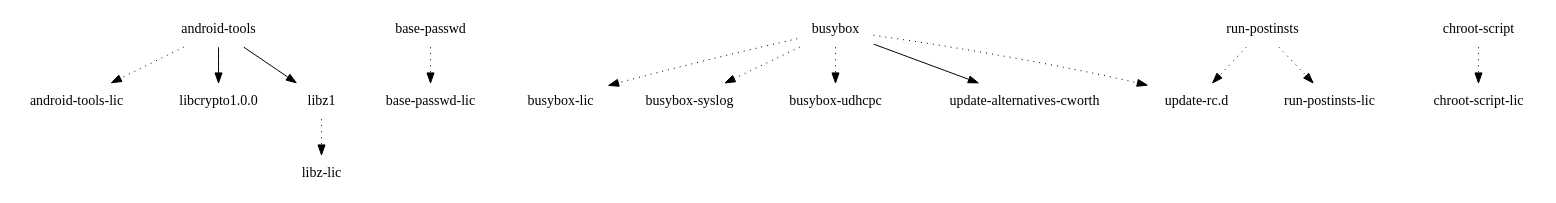
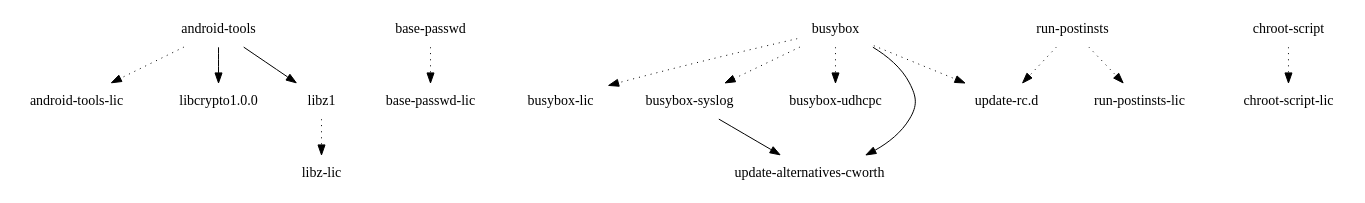
Before and after one commit to webOS-ports/buildhistory: the diagram in images/a500/eglibc/chroot-image/depends-nokernel-nolibc.dot, drawn with Graphviz. The commit also changed 19 other files, not shown here.

```diff
--- a/images/a500/eglibc/chroot-image/depends-nokernel-nolibc.dot
+++ b/images/a500/eglibc/chroot-image/depends-nokernel-nolibc.dot
@@ -1,16 +1,17 @@
 digraph depends {
     node [shape=plaintext]
 "android-tools" -> "android-tools-lic" [style=dotted];
 "android-tools" -> "libcrypto1.0.0";
 "android-tools" -> "libz1";
 "base-passwd" -> "base-passwd-lic" [style=dotted];
 "busybox" -> "busybox-lic" [style=dotted];
 "busybox" -> "busybox-syslog" [style=dotted];
 "busybox" -> "busybox-udhcpc" [style=dotted];
 "busybox" -> "update-alternatives-cworth";
 "busybox" -> "update-rc.d" [style=dotted];
+"busybox-syslog" -> "update-alternatives-cworth";
 "chroot-script" -> "chroot-script-lic" [style=dotted];
 "libz1" -> "libz-lic" [style=dotted];
 "run-postinsts" -> "run-postinsts-lic" [style=dotted];
 "run-postinsts" -> "update-rc.d" [style=dotted];
 }
```
